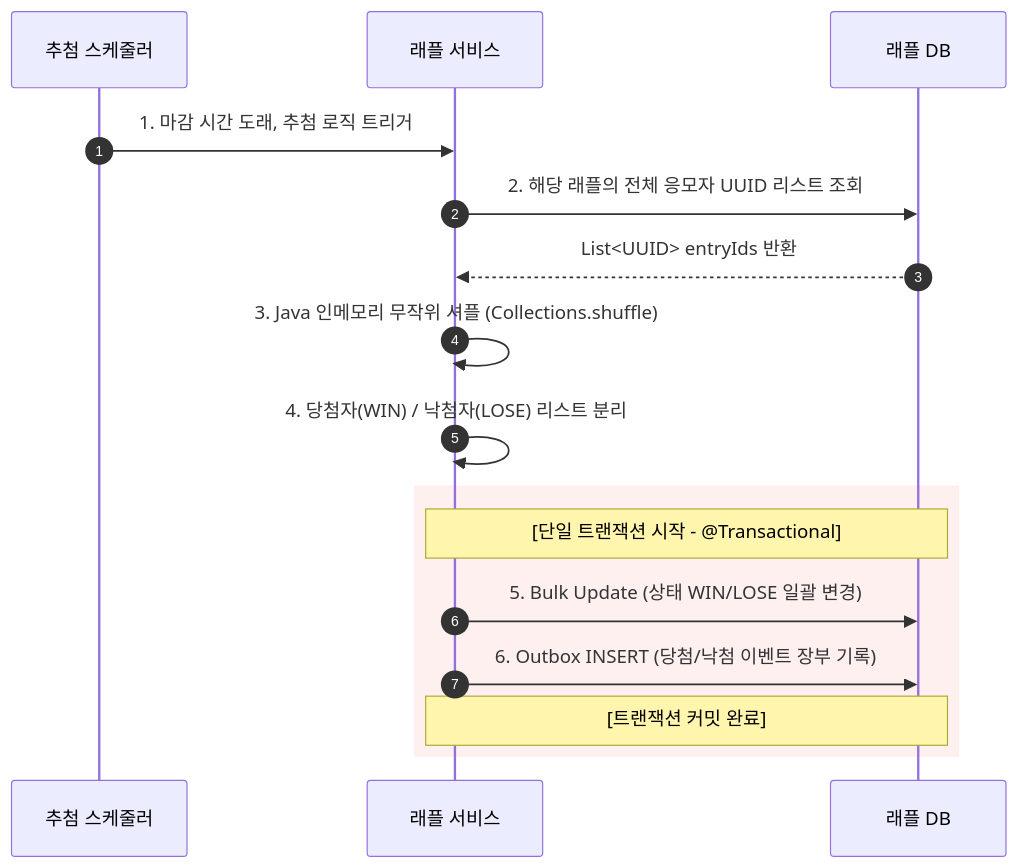
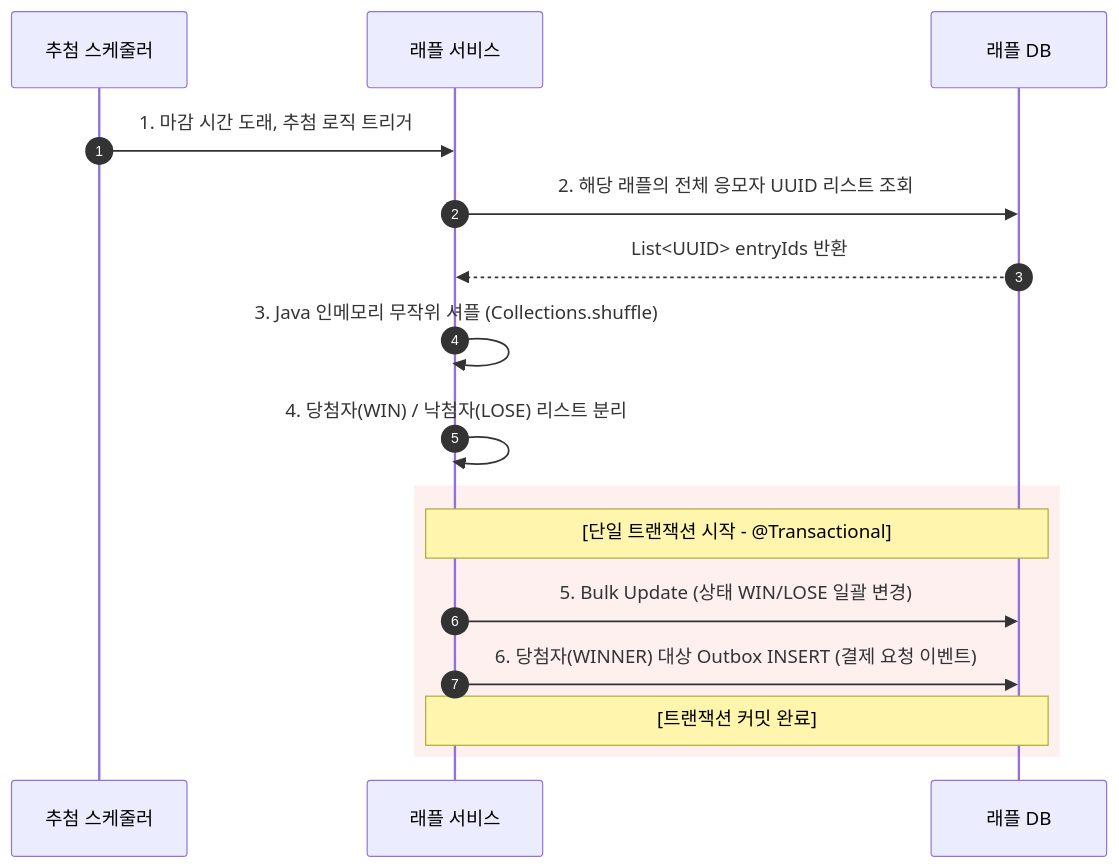
Diagram 19 of 20 in docs/08.sequence.md (OMC-2/OMC), drawn with Mermaid before and after one commit. The commit also changed other lines of this file and 3 other files, not shown here.

````diff
--- a/docs/08.sequence.md
+++ b/docs/08.sequence.md
@@ -554,20 +555,20 @@
 ```mermaid
 sequenceDiagram
     autonumber
     participant Scheduler as 추첨 스케줄러
     participant Raffle as 래플 서비스
     participant DB as 래플 DB
 
     Scheduler->>Raffle: 1. 마감 시간 도래, 추첨 로직 트리거
     Raffle->>DB: 2. 해당 래플의 전체 응모자 UUID 리스트 조회
     DB-->>Raffle: List<UUID> entryIds 반환
     Raffle->>Raffle: 3. Java 인메모리 무작위 셔플 (Collections.shuffle)
     Raffle->>Raffle: 4. 당첨자(WIN) / 낙첨자(LOSE) 리스트 분리
 
     rect rgb(255, 240, 240)
     Note over Raffle, DB: [단일 트랜잭션 시작 - @Transactional]
     Raffle->>DB: 5. Bulk Update (상태 WIN/LOSE 일괄 변경)
-    Raffle->>DB: 6. Outbox INSERT (당첨/낙첨 이벤트 장부 기록)
+    Raffle->>DB: 6. 당첨자(WINNER) 대상 Outbox INSERT (결제 요청 이벤트)
     Note over Raffle, DB: [트랜잭션 커밋 완료]
     end
 ```
````
